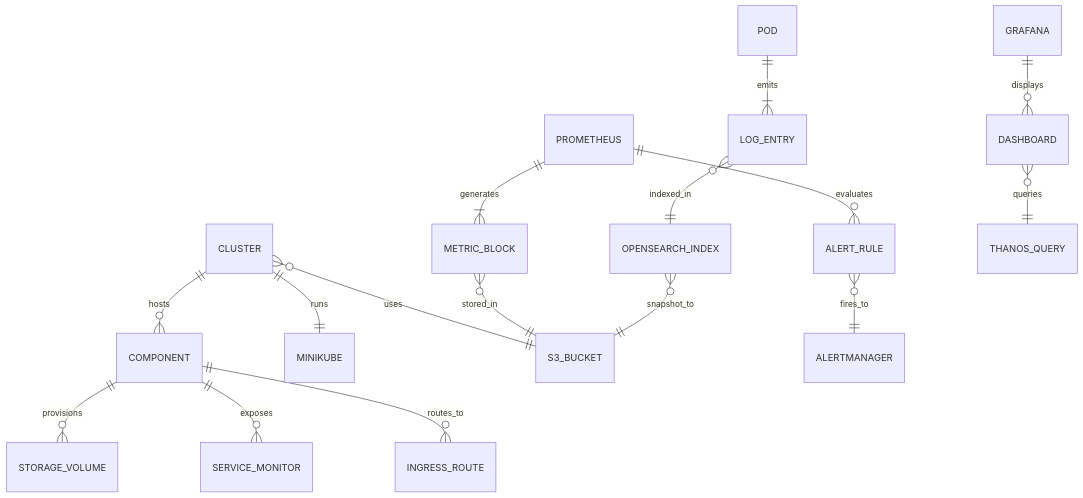
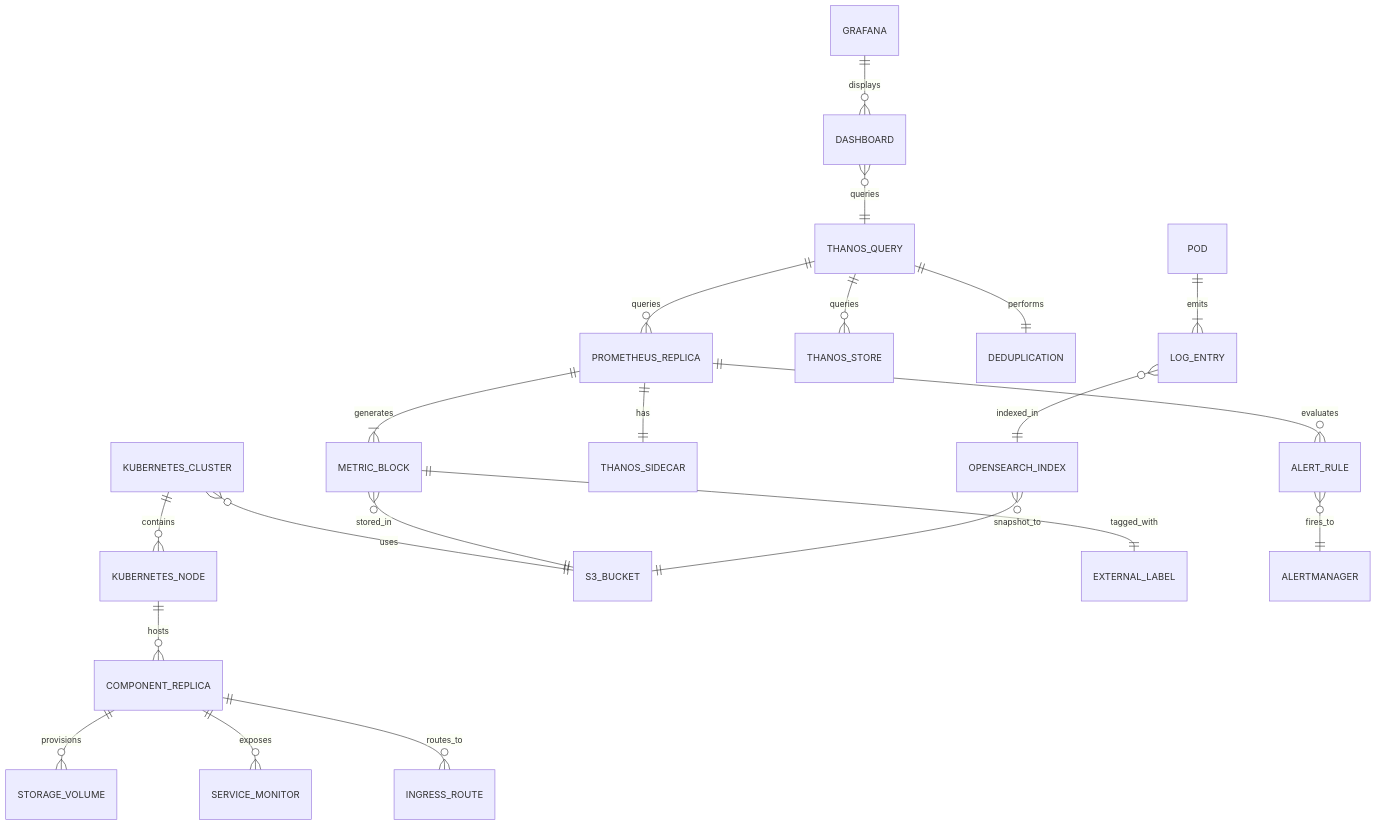
Before and after one commit to kronenz/prometheua-HA-kustomize: the first of 3 diagrams in .specify/memory/data-model.md, drawn with Mermaid. The commit also changed other lines of this file and 109 other files, not shown here.

````diff
--- a/.specify/memory/data-model.md
+++ b/.specify/memory/data-model.md
@@ -9,23 +10,29 @@
 ```mermaid
 erDiagram
-    CLUSTER ||--o{ COMPONENT : hosts
-    CLUSTER ||--|| MINIKUBE : runs
-    CLUSTER }o--|| S3_BUCKET : uses
+    KUBERNETES_CLUSTER ||--o{ KUBERNETES_NODE : contains
+    KUBERNETES_NODE ||--o{ COMPONENT_REPLICA : hosts
+    KUBERNETES_CLUSTER }o--|| S3_BUCKET : uses
 
-    COMPONENT ||--o{ STORAGE_VOLUME : provisions
-    COMPONENT ||--o{ SERVICE_MONITOR : exposes
-    COMPONENT ||--o{ INGRESS_ROUTE : routes_to
+    COMPONENT_REPLICA ||--o{ STORAGE_VOLUME : provisions
+    COMPONENT_REPLICA ||--o{ SERVICE_MONITOR : exposes
+    COMPONENT_REPLICA ||--o{ INGRESS_ROUTE : routes_to
 
-    PROMETHEUS ||--|{ METRIC_BLOCK : generates
+    PROMETHEUS_REPLICA ||--|{ METRIC_BLOCK : generates
+    PROMETHEUS_REPLICA ||--|| THANOS_SIDECAR : has
     METRIC_BLOCK }o--|| S3_BUCKET : stored_in
+    METRIC_BLOCK ||--|| EXTERNAL_LABEL : tagged_with
+
+    THANOS_QUERY ||--o{ PROMETHEUS_REPLICA : queries
+    THANOS_QUERY ||--o{ THANOS_STORE : queries
+    THANOS_QUERY ||--|| DEDUPLICATION : performs
 
     POD ||--|{ LOG_ENTRY : emits
     LOG_ENTRY }o--|| OPENSEARCH_INDEX : indexed_in
     OPENSEARCH_INDEX }o--|| S3_BUCKET : snapshot_to
 
-    PROMETHEUS ||--o{ ALERT_RULE : evaluates
+    PROMETHEUS_REPLICA ||--o{ ALERT_RULE : evaluates
     ALERT_RULE }o--|| ALERTMANAGER : fires_to
 
     GRAFANA ||--o{ DASHBOARD : displays
     DASHBOARD }o--|| THANOS_QUERY : queries
 ```
````
